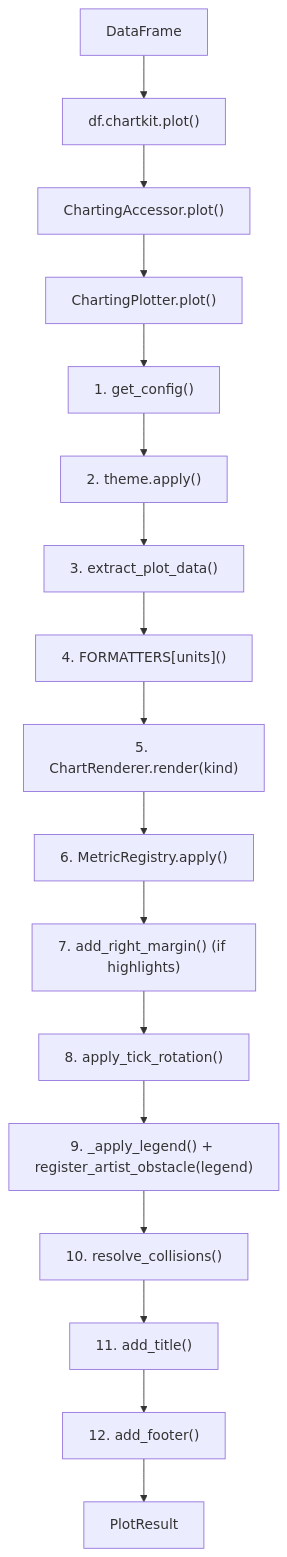
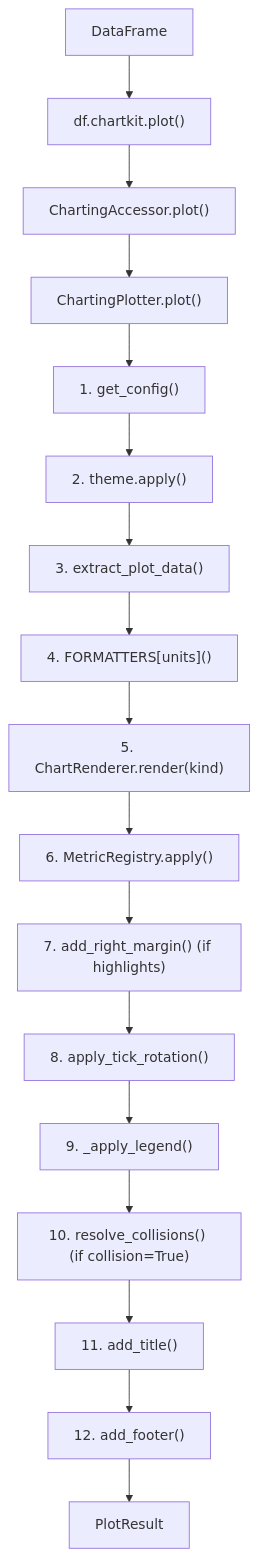
One commit to enzoomoreira/chartkit changed the diagram in docs/contributing/architecture.md. Above: the diagram before and after it, drawn with Mermaid. The commit also changed other lines of this file and 12 other files, not shown here.

````diff
--- a/docs/contributing/architecture.md
+++ b/docs/contributing/architecture.md
@@ -92,20 +92,20 @@
 ```mermaid
 flowchart TD
     A[DataFrame] --> B["df.chartkit.plot()"]
     B --> C["ChartingAccessor.plot()"]
     C --> D["ChartingPlotter.plot()"]
 
     D --> D1["1. get_config()"]
     D1 --> D2["2. theme.apply()"]
     D2 --> D3["3. extract_plot_data()"]
     D3 --> D4["4. FORMATTERS[units]()"]
     D4 --> D5["5. ChartRenderer.render(kind)"]
     D5 --> D6["6. MetricRegistry.apply()"]
     D6 --> D6a["7. add_right_margin() (if highlights)"]
     D6a --> D6c["8. apply_tick_rotation()"]
-    D6c --> D6b["9. _apply_legend() + register_artist_obstacle(legend)"]
-    D6b --> D7["10. resolve_collisions()"]
+    D6c --> D6b["9. _apply_legend()"]
+    D6b --> D7["10. resolve_collisions() (if collision=True)"]
     D7 --> D8["11. add_title()"]
     D8 --> D9["12. add_footer()"]
     D9 --> E["PlotResult"]
 ```
````
